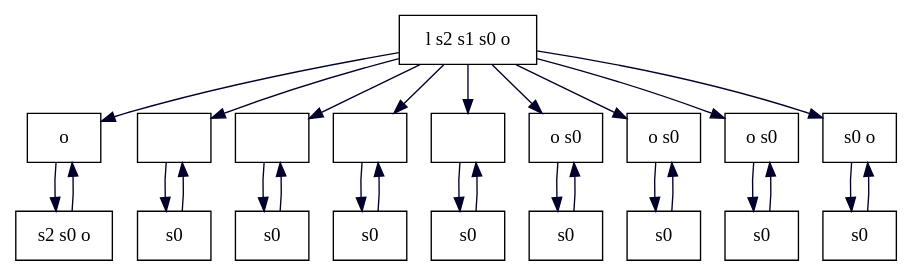
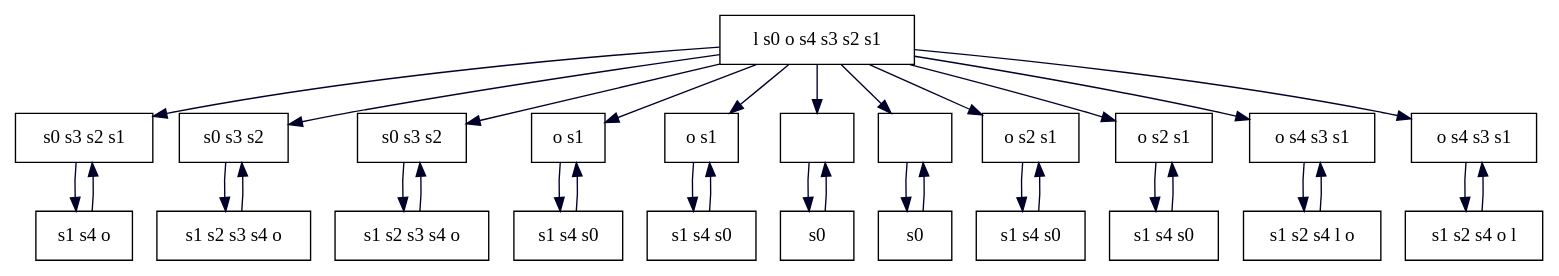
Before and after one commit to hobitans/TGHyper: the diagram in files/out.dot, drawn with Graphviz. The commit also changed 3 other files, not shown here.

```diff
--- a/files/out.dot
+++ b/files/out.dot
@@ -1,90 +1,111 @@
 digraph G {
-  "ip_pv2i0Ipv3i0Ipv2i1Ipv3i0Ipv2i0Ipv3i1Ipv2i1Ipv3i1Ipv2i0Ipv3i2Ipv2i1Ipv3i2I000000_0-1[o ]" [
-  shape=box, label="o ", ];
-  "ip_pv2i0Ipv3i0Ipv2i1Ipv3i0Ipv2i0Ipv3i1Ipv2i1Ipv3i1Ipv2i0Ipv3i2Ipv2i1Ipv3i2I000000_0-2[s2 s0 o ]" [
-  shape=box, label="s2 s0 o ", ];
-  "pv2i0Ipv3i0I_pv2i1Ipv3i0Ipv2i0Ipv3i1Ipv2i1Ipv3i1Ipv2i0Ipv3i2Ipv2i1Ipv3i2I00000_0-1[]" [
+  "ip_pv5i0Ipv1i0Ipv5i1Ipv1i0Ipv5i2Ipv1i0Ipv5i3Ipv1i0Ipv5i4Ipv1i0I00000_0-1[s0 s3 s2 s1 ]" [
+  shape=box, label="s0 s3 s2 s1 ", ];
+  "ip_pv5i0Ipv1i0Ipv5i1Ipv1i0Ipv5i2Ipv1i0Ipv5i3Ipv1i0Ipv5i4Ipv1i0I00000_0-2[s1 s4 o ]" [
+  shape=box, label="s1 s4 o ", ];
+  "pv5i0Ipv1i0I_pv5i1Ipv1i0Ipv5i2Ipv1i0Ipv5i3Ipv1i0Ipv5i4Ipv1i0I0000_0-1[s0 s3 s2 ]" [
+  shape=box, label="s0 s3 s2 ", ];
+  "pv5i0Ipv1i0I_pv5i1Ipv1i0Ipv5i2Ipv1i0Ipv5i3Ipv1i0Ipv5i4Ipv1i0I0000_0-2[s1 s2 s3 s4 o ]" [
+  shape=box, label="s1 s2 s3 s4 o ", ];
+  "pv5i0_ippv5i0Ipv1i0Ipv5i1Ipv1i0Ipv5i2Ipv1i0Ipv5i3Ipv1i0Ipv5i4Ipv1i0I000000_0-1[s0 s3 s2 ]" [
+  shape=box, label="s0 s3 s2 ", ];
+  "pv5i0_ippv5i0Ipv1i0Ipv5i1Ipv1i0Ipv5i2Ipv1i0Ipv5i3Ipv1i0Ipv5i4Ipv1i0I000000_0-2[s1 s2 s3 s4 o ]" [
+  shape=box, label="s1 s2 s3 s4 o ", ];
+  "pv5i1Ipv1i0I_pv5i2Ipv1i0Ipv5i3Ipv1i0Ipv5i4Ipv1i0I000_0-1[o s1 ]" [
+  shape=box, label="o s1 ", ];
+  "pv5i1Ipv1i0I_pv5i2Ipv1i0Ipv5i3Ipv1i0Ipv5i4Ipv1i0I000_0-2[s1 s4 s0 ]" [
+  shape=box, label="s1 s4 s0 ", ];
+  "pv5i1_ippv5i0Ipv1i0Ipv5i1Ipv1i0Ipv5i2Ipv1i0Ipv5i3Ipv1i0Ipv5i4Ipv1i0I000000_0-1[o s1 ]" [
+  shape=box, label="o s1 ", ];
+  "pv5i1_ippv5i0Ipv1i0Ipv5i1Ipv1i0Ipv5i2Ipv1i0Ipv5i3Ipv1i0Ipv5i4Ipv1i0I000000_0-2[s1 s4 s0 ]" [
+  shape=box, label="s1 s4 s0 ", ];
+  "pv5i2Ipv1i0I_pv5i3Ipv1i0Ipv5i4Ipv1i0I00_0-1[]" [shape=box, label="", ];
+  "pv5i2Ipv1i0I_pv5i3Ipv1i0Ipv5i4Ipv1i0I00_0-2[s0 ]" [shape=box, label="s0 ", ];
+  "pv5i2_ippv5i0Ipv1i0Ipv5i1Ipv1i0Ipv5i2Ipv1i0Ipv5i3Ipv1i0Ipv5i4Ipv1i0I000000_0-1[]" [
   shape=box, label="", ];
-  "pv2i0Ipv3i0I_pv2i1Ipv3i0Ipv2i0Ipv3i1Ipv2i1Ipv3i1Ipv2i0Ipv3i2Ipv2i1Ipv3i2I00000_0-2[s0 ]" [
+  "pv5i2_ippv5i0Ipv1i0Ipv5i1Ipv1i0Ipv5i2Ipv1i0Ipv5i3Ipv1i0Ipv5i4Ipv1i0I000000_0-2[s0 ]" [
   shape=box, label="s0 ", ];
-  "pv2i0Ipv3i1I_pv2i1Ipv3i1Ipv2i0Ipv3i2Ipv2i1Ipv3i2I000_0-1[]" [shape=box,
-                                                                label="", ];
-  "pv2i0Ipv3i1I_pv2i1Ipv3i1Ipv2i0Ipv3i2Ipv2i1Ipv3i2I000_0-2[s0 ]" [shape=box,
-                                                                   label="s0 ",
-                                                                   ];
-  "pv2i0Ipv3i2I_pv2i1Ipv3i2I0_0-1[]" [shape=box, label="", ];
-  "pv2i0Ipv3i2I_pv2i1Ipv3i2I0_0-2[s0 ]" [shape=box, label="s0 ", ];
-  "pv2i0_ippv2i0Ipv3i0Ipv2i1Ipv3i0Ipv2i0Ipv3i1Ipv2i1Ipv3i1Ipv2i0Ipv3i2Ipv2i1Ipv3i2I0000000_0-1[]" [
-  shape=box, label="", ];
-  "pv2i0_ippv2i0Ipv3i0Ipv2i1Ipv3i0Ipv2i0Ipv3i1Ipv2i1Ipv3i1Ipv2i0Ipv3i2Ipv2i1Ipv3i2I0000000_0-2[s0 ]" [
-  shape=box, label="s0 ", ];
-  "pv2i1Ipv3i0I_pv2i0Ipv3i1Ipv2i1Ipv3i1Ipv2i0Ipv3i2Ipv2i1Ipv3i2I0000_0-1[o s0 ]" [
-  shape=box, label="o s0 ", ];
-  "pv2i1Ipv3i0I_pv2i0Ipv3i1Ipv2i1Ipv3i1Ipv2i0Ipv3i2Ipv2i1Ipv3i2I0000_0-2[s0 ]" [
-  shape=box, label="s0 ", ];
-  "pv2i1Ipv3i1I_pv2i0Ipv3i2Ipv2i1Ipv3i2I00_0-1[o s0 ]" [shape=box,
-                                                        label="o s0 ", ];
-  "pv2i1Ipv3i1I_pv2i0Ipv3i2Ipv2i1Ipv3i2I00_0-2[s0 ]" [shape=box, label="s0 ", ];
-  "pv2i1Ipv3i2I_0-0[l s2 s1 s0 o ]" [shape=box, label="l s2 s1 s0 o ", ];
-  "pv2i1Ipv3i2I_0-1[o s0 ]" [shape=box, label="o s0 ", ];
-  "pv2i1Ipv3i2I_0-2[s0 ]" [shape=box, label="s0 ", ];
-  "pv2i1_ippv2i0Ipv3i0Ipv2i1Ipv3i0Ipv2i0Ipv3i1Ipv2i1Ipv3i1Ipv2i0Ipv3i2Ipv2i1Ipv3i2I0000000_0-1[s0 o ]" [
-  shape=box, label="s0 o ", ];
-  "pv2i1_ippv2i0Ipv3i0Ipv2i1Ipv3i0Ipv2i0Ipv3i1Ipv2i1Ipv3i1Ipv2i0Ipv3i2Ipv2i1Ipv3i2I0000000_0-2[s0 ]" [
-  shape=box, label="s0 ", ];
+  "pv5i3Ipv1i0I_pv5i4Ipv1i0I0_0-1[o s2 s1 ]" [shape=box, label="o s2 s1 ", ];
+  "pv5i3Ipv1i0I_pv5i4Ipv1i0I0_0-2[s1 s4 s0 ]" [shape=box, label="s1 s4 s0 ", ];
+  "pv5i3_ippv5i0Ipv1i0Ipv5i1Ipv1i0Ipv5i2Ipv1i0Ipv5i3Ipv1i0Ipv5i4Ipv1i0I000000_0-1[o s2 s1 ]" [
+  shape=box, label="o s2 s1 ", ];
+  "pv5i3_ippv5i0Ipv1i0Ipv5i1Ipv1i0Ipv5i2Ipv1i0Ipv5i3Ipv1i0Ipv5i4Ipv1i0I000000_0-2[s1 s4 s0 ]" [
+  shape=box, label="s1 s4 s0 ", ];
+  "pv5i4Ipv1i0I_0-0[l s0 o s4 s3 s2 s1 ]" [shape=box,
+                                           label="l s0 o s4 s3 s2 s1 ", ];
+  "pv5i4Ipv1i0I_0-1[o s4 s3 s1 ]" [shape=box, label="o s4 s3 s1 ", ];
+  "pv5i4Ipv1i0I_0-2[s1 s2 s4 l o ]" [shape=box, label="s1 s2 s4 l o ", ];
+  "pv5i4_ippv5i0Ipv1i0Ipv5i1Ipv1i0Ipv5i2Ipv1i0Ipv5i3Ipv1i0Ipv5i4Ipv1i0I000000_0-1[o s4 s3 s1 ]" [
+  shape=box, label="o s4 s3 s1 ", ];
+  "pv5i4_ippv5i0Ipv1i0Ipv5i1Ipv1i0Ipv5i2Ipv1i0Ipv5i3Ipv1i0Ipv5i4Ipv1i0I000000_0-2[s1 s2 s4 o l ]" [
+  shape=box, label="s1 s2 s4 o l ", ];
   
   
-  "ip_pv2i0Ipv3i0Ipv2i1Ipv3i0Ipv2i0Ipv3i1Ipv2i1Ipv3i1Ipv2i0Ipv3i2Ipv2i1Ipv3i2I000000_0-1[o ]" -> "ip_pv2i0Ipv3i0Ipv2i1Ipv3i0Ipv2i0Ipv3i1Ipv2i1Ipv3i1Ipv2i0Ipv3i2Ipv2i1Ipv3i2I000000_0-2[s2 s0 o ]" [
+  "ip_pv5i0Ipv1i0Ipv5i1Ipv1i0Ipv5i2Ipv1i0Ipv5i3Ipv1i0Ipv5i4Ipv1i0I00000_0-1[s0 s3 s2 s1 ]" -> "ip_pv5i0Ipv1i0Ipv5i1Ipv1i0Ipv5i2Ipv1i0Ipv5i3Ipv1i0Ipv5i4Ipv1i0I00000_0-2[s1 s4 o ]" [
   color="#00002A", ];
-  "ip_pv2i0Ipv3i0Ipv2i1Ipv3i0Ipv2i0Ipv3i1Ipv2i1Ipv3i1Ipv2i0Ipv3i2Ipv2i1Ipv3i2I000000_0-2[s2 s0 o ]" -> "ip_pv2i0Ipv3i0Ipv2i1Ipv3i0Ipv2i0Ipv3i1Ipv2i1Ipv3i1Ipv2i0Ipv3i2Ipv2i1Ipv3i2I000000_0-1[o ]" [
+  "ip_pv5i0Ipv1i0Ipv5i1Ipv1i0Ipv5i2Ipv1i0Ipv5i3Ipv1i0Ipv5i4Ipv1i0I00000_0-2[s1 s4 o ]" -> "ip_pv5i0Ipv1i0Ipv5i1Ipv1i0Ipv5i2Ipv1i0Ipv5i3Ipv1i0Ipv5i4Ipv1i0I00000_0-1[s0 s3 s2 s1 ]" [
   color="#00002A", ];
-  "pv2i0Ipv3i0I_pv2i1Ipv3i0Ipv2i0Ipv3i1Ipv2i1Ipv3i1Ipv2i0Ipv3i2Ipv2i1Ipv3i2I00000_0-1[]" -> "pv2i0Ipv3i0I_pv2i1Ipv3i0Ipv2i0Ipv3i1Ipv2i1Ipv3i1Ipv2i0Ipv3i2Ipv2i1Ipv3i2I00000_0-2[s0 ]" [
+  "pv5i0Ipv1i0I_pv5i1Ipv1i0Ipv5i2Ipv1i0Ipv5i3Ipv1i0Ipv5i4Ipv1i0I0000_0-1[s0 s3 s2 ]" -> "pv5i0Ipv1i0I_pv5i1Ipv1i0Ipv5i2Ipv1i0Ipv5i3Ipv1i0Ipv5i4Ipv1i0I0000_0-2[s1 s2 s3 s4 o ]" [
   color="#00002A", ];
-  "pv2i0Ipv3i0I_pv2i1Ipv3i0Ipv2i0Ipv3i1Ipv2i1Ipv3i1Ipv2i0Ipv3i2Ipv2i1Ipv3i2I00000_0-2[s0 ]" -> "pv2i0Ipv3i0I_pv2i1Ipv3i0Ipv2i0Ipv3i1Ipv2i1Ipv3i1Ipv2i0Ipv3i2Ipv2i1Ipv3i2I00000_0-1[]" [
+  "pv5i0Ipv1i0I_pv5i1Ipv1i0Ipv5i2Ipv1i0Ipv5i3Ipv1i0Ipv5i4Ipv1i0I0000_0-2[s1 s2 s3 s4 o ]" -> "pv5i0Ipv1i0I_pv5i1Ipv1i0Ipv5i2Ipv1i0Ipv5i3Ipv1i0Ipv5i4Ipv1i0I0000_0-1[s0 s3 s2 ]" [
   color="#00002A", ];
-  "pv2i0Ipv3i1I_pv2i1Ipv3i1Ipv2i0Ipv3i2Ipv2i1Ipv3i2I000_0-1[]" -> "pv2i0Ipv3i1I_pv2i1Ipv3i1Ipv2i0Ipv3i2Ipv2i1Ipv3i2I000_0-2[s0 ]" [
+  "pv5i0_ippv5i0Ipv1i0Ipv5i1Ipv1i0Ipv5i2Ipv1i0Ipv5i3Ipv1i0Ipv5i4Ipv1i0I000000_0-1[s0 s3 s2 ]" -> "pv5i0_ippv5i0Ipv1i0Ipv5i1Ipv1i0Ipv5i2Ipv1i0Ipv5i3Ipv1i0Ipv5i4Ipv1i0I000000_0-2[s1 s2 s3 s4 o ]" [
   color="#00002A", ];
-  "pv2i0Ipv3i1I_pv2i1Ipv3i1Ipv2i0Ipv3i2Ipv2i1Ipv3i2I000_0-2[s0 ]" -> "pv2i0Ipv3i1I_pv2i1Ipv3i1Ipv2i0Ipv3i2Ipv2i1Ipv3i2I000_0-1[]" [
+  "pv5i0_ippv5i0Ipv1i0Ipv5i1Ipv1i0Ipv5i2Ipv1i0Ipv5i3Ipv1i0Ipv5i4Ipv1i0I000000_0-2[s1 s2 s3 s4 o ]" -> "pv5i0_ippv5i0Ipv1i0Ipv5i1Ipv1i0Ipv5i2Ipv1i0Ipv5i3Ipv1i0Ipv5i4Ipv1i0I000000_0-1[s0 s3 s2 ]" [
   color="#00002A", ];
-  "pv2i0Ipv3i2I_pv2i1Ipv3i2I0_0-1[]" -> "pv2i0Ipv3i2I_pv2i1Ipv3i2I0_0-2[s0 ]" [
+  "pv5i1Ipv1i0I_pv5i2Ipv1i0Ipv5i3Ipv1i0Ipv5i4Ipv1i0I000_0-1[o s1 ]" -> "pv5i1Ipv1i0I_pv5i2Ipv1i0Ipv5i3Ipv1i0Ipv5i4Ipv1i0I000_0-2[s1 s4 s0 ]" [
   color="#00002A", ];
-  "pv2i0Ipv3i2I_pv2i1Ipv3i2I0_0-2[s0 ]" -> "pv2i0Ipv3i2I_pv2i1Ipv3i2I0_0-1[]" [
+  "pv5i1Ipv1i0I_pv5i2Ipv1i0Ipv5i3Ipv1i0Ipv5i4Ipv1i0I000_0-2[s1 s4 s0 ]" -> "pv5i1Ipv1i0I_pv5i2Ipv1i0Ipv5i3Ipv1i0Ipv5i4Ipv1i0I000_0-1[o s1 ]" [
   color="#00002A", ];
-  "pv2i0_ippv2i0Ipv3i0Ipv2i1Ipv3i0Ipv2i0Ipv3i1Ipv2i1Ipv3i1Ipv2i0Ipv3i2Ipv2i1Ipv3i2I0000000_0-1[]" -> "pv2i0_ippv2i0Ipv3i0Ipv2i1Ipv3i0Ipv2i0Ipv3i1Ipv2i1Ipv3i1Ipv2i0Ipv3i2Ipv2i1Ipv3i2I0000000_0-2[s0 ]" [
+  "pv5i1_ippv5i0Ipv1i0Ipv5i1Ipv1i0Ipv5i2Ipv1i0Ipv5i3Ipv1i0Ipv5i4Ipv1i0I000000_0-1[o s1 ]" -> "pv5i1_ippv5i0Ipv1i0Ipv5i1Ipv1i0Ipv5i2Ipv1i0Ipv5i3Ipv1i0Ipv5i4Ipv1i0I000000_0-2[s1 s4 s0 ]" [
   color="#00002A", ];
-  "pv2i0_ippv2i0Ipv3i0Ipv2i1Ipv3i0Ipv2i0Ipv3i1Ipv2i1Ipv3i1Ipv2i0Ipv3i2Ipv2i1Ipv3i2I0000000_0-2[s0 ]" -> "pv2i0_ippv2i0Ipv3i0Ipv2i1Ipv3i0Ipv2i0Ipv3i1Ipv2i1Ipv3i1Ipv2i0Ipv3i2Ipv2i1Ipv3i2I0000000_0-1[]" [
+  "pv5i1_ippv5i0Ipv1i0Ipv5i1Ipv1i0Ipv5i2Ipv1i0Ipv5i3Ipv1i0Ipv5i4Ipv1i0I000000_0-2[s1 s4 s0 ]" -> "pv5i1_ippv5i0Ipv1i0Ipv5i1Ipv1i0Ipv5i2Ipv1i0Ipv5i3Ipv1i0Ipv5i4Ipv1i0I000000_0-1[o s1 ]" [
   color="#00002A", ];
-  "pv2i1Ipv3i0I_pv2i0Ipv3i1Ipv2i1Ipv3i1Ipv2i0Ipv3i2Ipv2i1Ipv3i2I0000_0-1[o s0 ]" -> "pv2i1Ipv3i0I_pv2i0Ipv3i1Ipv2i1Ipv3i1Ipv2i0Ipv3i2Ipv2i1Ipv3i2I0000_0-2[s0 ]" [
+  "pv5i2Ipv1i0I_pv5i3Ipv1i0Ipv5i4Ipv1i0I00_0-1[]" -> "pv5i2Ipv1i0I_pv5i3Ipv1i0Ipv5i4Ipv1i0I00_0-2[s0 ]" [
   color="#00002A", ];
-  "pv2i1Ipv3i0I_pv2i0Ipv3i1Ipv2i1Ipv3i1Ipv2i0Ipv3i2Ipv2i1Ipv3i2I0000_0-2[s0 ]" -> "pv2i1Ipv3i0I_pv2i0Ipv3i1Ipv2i1Ipv3i1Ipv2i0Ipv3i2Ipv2i1Ipv3i2I0000_0-1[o s0 ]" [
+  "pv5i2Ipv1i0I_pv5i3Ipv1i0Ipv5i4Ipv1i0I00_0-2[s0 ]" -> "pv5i2Ipv1i0I_pv5i3Ipv1i0Ipv5i4Ipv1i0I00_0-1[]" [
   color="#00002A", ];
-  "pv2i1Ipv3i1I_pv2i0Ipv3i2Ipv2i1Ipv3i2I00_0-1[o s0 ]" -> "pv2i1Ipv3i1I_pv2i0Ipv3i2Ipv2i1Ipv3i2I00_0-2[s0 ]" [
+  "pv5i2_ippv5i0Ipv1i0Ipv5i1Ipv1i0Ipv5i2Ipv1i0Ipv5i3Ipv1i0Ipv5i4Ipv1i0I000000_0-1[]" -> "pv5i2_ippv5i0Ipv1i0Ipv5i1Ipv1i0Ipv5i2Ipv1i0Ipv5i3Ipv1i0Ipv5i4Ipv1i0I000000_0-2[s0 ]" [
   color="#00002A", ];
-  "pv2i1Ipv3i1I_pv2i0Ipv3i2Ipv2i1Ipv3i2I00_0-2[s0 ]" -> "pv2i1Ipv3i1I_pv2i0Ipv3i2Ipv2i1Ipv3i2I00_0-1[o s0 ]" [
+  "pv5i2_ippv5i0Ipv1i0Ipv5i1Ipv1i0Ipv5i2Ipv1i0Ipv5i3Ipv1i0Ipv5i4Ipv1i0I000000_0-2[s0 ]" -> "pv5i2_ippv5i0Ipv1i0Ipv5i1Ipv1i0Ipv5i2Ipv1i0Ipv5i3Ipv1i0Ipv5i4Ipv1i0I000000_0-1[]" [
   color="#00002A", ];
-  "pv2i1Ipv3i2I_0-0[l s2 s1 s0 o ]" -> "ip_pv2i0Ipv3i0Ipv2i1Ipv3i0Ipv2i0Ipv3i1Ipv2i1Ipv3i1Ipv2i0Ipv3i2Ipv2i1Ipv3i2I000000_0-1[o ]" [
+  "pv5i3Ipv1i0I_pv5i4Ipv1i0I0_0-1[o s2 s1 ]" -> "pv5i3Ipv1i0I_pv5i4Ipv1i0I0_0-2[s1 s4 s0 ]" [
   color="#00002A", ];
-  "pv2i1Ipv3i2I_0-0[l s2 s1 s0 o ]" -> "pv2i0Ipv3i0I_pv2i1Ipv3i0Ipv2i0Ipv3i1Ipv2i1Ipv3i1Ipv2i0Ipv3i2Ipv2i1Ipv3i2I00000_0-1[]" [
+  "pv5i3Ipv1i0I_pv5i4Ipv1i0I0_0-2[s1 s4 s0 ]" -> "pv5i3Ipv1i0I_pv5i4Ipv1i0I0_0-1[o s2 s1 ]" [
   color="#00002A", ];
-  "pv2i1Ipv3i2I_0-0[l s2 s1 s0 o ]" -> "pv2i0Ipv3i1I_pv2i1Ipv3i1Ipv2i0Ipv3i2Ipv2i1Ipv3i2I000_0-1[]" [
+  "pv5i3_ippv5i0Ipv1i0Ipv5i1Ipv1i0Ipv5i2Ipv1i0Ipv5i3Ipv1i0Ipv5i4Ipv1i0I000000_0-1[o s2 s1 ]" -> "pv5i3_ippv5i0Ipv1i0Ipv5i1Ipv1i0Ipv5i2Ipv1i0Ipv5i3Ipv1i0Ipv5i4Ipv1i0I000000_0-2[s1 s4 s0 ]" [
   color="#00002A", ];
-  "pv2i1Ipv3i2I_0-0[l s2 s1 s0 o ]" -> "pv2i0Ipv3i2I_pv2i1Ipv3i2I0_0-1[]" [
+  "pv5i3_ippv5i0Ipv1i0Ipv5i1Ipv1i0Ipv5i2Ipv1i0Ipv5i3Ipv1i0Ipv5i4Ipv1i0I000000_0-2[s1 s4 s0 ]" -> "pv5i3_ippv5i0Ipv1i0Ipv5i1Ipv1i0Ipv5i2Ipv1i0Ipv5i3Ipv1i0Ipv5i4Ipv1i0I000000_0-1[o s2 s1 ]" [
   color="#00002A", ];
-  "pv2i1Ipv3i2I_0-0[l s2 s1 s0 o ]" -> "pv2i0_ippv2i0Ipv3i0Ipv2i1Ipv3i0Ipv2i0Ipv3i1Ipv2i1Ipv3i1Ipv2i0Ipv3i2Ipv2i1Ipv3i2I0000000_0-1[]" [
+  "pv5i4Ipv1i0I_0-0[l s0 o s4 s3 s2 s1 ]" -> "ip_pv5i0Ipv1i0Ipv5i1Ipv1i0Ipv5i2Ipv1i0Ipv5i3Ipv1i0Ipv5i4Ipv1i0I00000_0-1[s0 s3 s2 s1 ]" [
   color="#00002A", ];
-  "pv2i1Ipv3i2I_0-0[l s2 s1 s0 o ]" -> "pv2i1Ipv3i0I_pv2i0Ipv3i1Ipv2i1Ipv3i1Ipv2i0Ipv3i2Ipv2i1Ipv3i2I0000_0-1[o s0 ]" [
+  "pv5i4Ipv1i0I_0-0[l s0 o s4 s3 s2 s1 ]" -> "pv5i0Ipv1i0I_pv5i1Ipv1i0Ipv5i2Ipv1i0Ipv5i3Ipv1i0Ipv5i4Ipv1i0I0000_0-1[s0 s3 s2 ]" [
   color="#00002A", ];
-  "pv2i1Ipv3i2I_0-0[l s2 s1 s0 o ]" -> "pv2i1Ipv3i1I_pv2i0Ipv3i2Ipv2i1Ipv3i2I00_0-1[o s0 ]" [
+  "pv5i4Ipv1i0I_0-0[l s0 o s4 s3 s2 s1 ]" -> "pv5i0_ippv5i0Ipv1i0Ipv5i1Ipv1i0Ipv5i2Ipv1i0Ipv5i3Ipv1i0Ipv5i4Ipv1i0I000000_0-1[s0 s3 s2 ]" [
   color="#00002A", ];
-  "pv2i1Ipv3i2I_0-0[l s2 s1 s0 o ]" -> "pv2i1Ipv3i2I_0-1[o s0 ]" [color="#00002A",
-                                                                  ];
-  "pv2i1Ipv3i2I_0-0[l s2 s1 s0 o ]" -> "pv2i1_ippv2i0Ipv3i0Ipv2i1Ipv3i0Ipv2i0Ipv3i1Ipv2i1Ipv3i1Ipv2i0Ipv3i2Ipv2i1Ipv3i2I0000000_0-1[s0 o ]" [
+  "pv5i4Ipv1i0I_0-0[l s0 o s4 s3 s2 s1 ]" -> "pv5i1Ipv1i0I_pv5i2Ipv1i0Ipv5i3Ipv1i0Ipv5i4Ipv1i0I000_0-1[o s1 ]" [
   color="#00002A", ];
-  "pv2i1Ipv3i2I_0-1[o s0 ]" -> "pv2i1Ipv3i2I_0-2[s0 ]" [color="#00002A", ];
-  "pv2i1Ipv3i2I_0-2[s0 ]" -> "pv2i1Ipv3i2I_0-1[o s0 ]" [color="#00002A", ];
-  "pv2i1_ippv2i0Ipv3i0Ipv2i1Ipv3i0Ipv2i0Ipv3i1Ipv2i1Ipv3i1Ipv2i0Ipv3i2Ipv2i1Ipv3i2I0000000_0-1[s0 o ]" -> "pv2i1_ippv2i0Ipv3i0Ipv2i1Ipv3i0Ipv2i0Ipv3i1Ipv2i1Ipv3i1Ipv2i0Ipv3i2Ipv2i1Ipv3i2I0000000_0-2[s0 ]" [
+  "pv5i4Ipv1i0I_0-0[l s0 o s4 s3 s2 s1 ]" -> "pv5i1_ippv5i0Ipv1i0Ipv5i1Ipv1i0Ipv5i2Ipv1i0Ipv5i3Ipv1i0Ipv5i4Ipv1i0I000000_0-1[o s1 ]" [
   color="#00002A", ];
-  "pv2i1_ippv2i0Ipv3i0Ipv2i1Ipv3i0Ipv2i0Ipv3i1Ipv2i1Ipv3i1Ipv2i0Ipv3i2Ipv2i1Ipv3i2I0000000_0-2[s0 ]" -> "pv2i1_ippv2i0Ipv3i0Ipv2i1Ipv3i0Ipv2i0Ipv3i1Ipv2i1Ipv3i1Ipv2i0Ipv3i2Ipv2i1Ipv3i2I0000000_0-1[s0 o ]" [
+  "pv5i4Ipv1i0I_0-0[l s0 o s4 s3 s2 s1 ]" -> "pv5i2Ipv1i0I_pv5i3Ipv1i0Ipv5i4Ipv1i0I00_0-1[]" [
+  color="#00002A", ];
+  "pv5i4Ipv1i0I_0-0[l s0 o s4 s3 s2 s1 ]" -> "pv5i2_ippv5i0Ipv1i0Ipv5i1Ipv1i0Ipv5i2Ipv1i0Ipv5i3Ipv1i0Ipv5i4Ipv1i0I000000_0-1[]" [
+  color="#00002A", ];
+  "pv5i4Ipv1i0I_0-0[l s0 o s4 s3 s2 s1 ]" -> "pv5i3Ipv1i0I_pv5i4Ipv1i0I0_0-1[o s2 s1 ]" [
+  color="#00002A", ];
+  "pv5i4Ipv1i0I_0-0[l s0 o s4 s3 s2 s1 ]" -> "pv5i3_ippv5i0Ipv1i0Ipv5i1Ipv1i0Ipv5i2Ipv1i0Ipv5i3Ipv1i0Ipv5i4Ipv1i0I000000_0-1[o s2 s1 ]" [
+  color="#00002A", ];
+  "pv5i4Ipv1i0I_0-0[l s0 o s4 s3 s2 s1 ]" -> "pv5i4Ipv1i0I_0-1[o s4 s3 s1 ]" [
+  color="#00002A", ];
+  "pv5i4Ipv1i0I_0-0[l s0 o s4 s3 s2 s1 ]" -> "pv5i4_ippv5i0Ipv1i0Ipv5i1Ipv1i0Ipv5i2Ipv1i0Ipv5i3Ipv1i0Ipv5i4Ipv1i0I000000_0-1[o s4 s3 s1 ]" [
+  color="#00002A", ];
+  "pv5i4Ipv1i0I_0-1[o s4 s3 s1 ]" -> "pv5i4Ipv1i0I_0-2[s1 s2 s4 l o ]" [
+  color="#00002A", ];
+  "pv5i4Ipv1i0I_0-2[s1 s2 s4 l o ]" -> "pv5i4Ipv1i0I_0-1[o s4 s3 s1 ]" [
+  color="#00002A", ];
+  "pv5i4_ippv5i0Ipv1i0Ipv5i1Ipv1i0Ipv5i2Ipv1i0Ipv5i3Ipv1i0Ipv5i4Ipv1i0I000000_0-1[o s4 s3 s1 ]" -> "pv5i4_ippv5i0Ipv1i0Ipv5i1Ipv1i0Ipv5i2Ipv1i0Ipv5i3Ipv1i0Ipv5i4Ipv1i0I000000_0-2[s1 s2 s4 o l ]" [
+  color="#00002A", ];
+  "pv5i4_ippv5i0Ipv1i0Ipv5i1Ipv1i0Ipv5i2Ipv1i0Ipv5i3Ipv1i0Ipv5i4Ipv1i0I000000_0-2[s1 s2 s4 o l ]" -> "pv5i4_ippv5i0Ipv1i0Ipv5i1Ipv1i0Ipv5i2Ipv1i0Ipv5i3Ipv1i0Ipv5i4Ipv1i0I000000_0-1[o s4 s3 s1 ]" [
   color="#00002A", ];
   
   }
```
